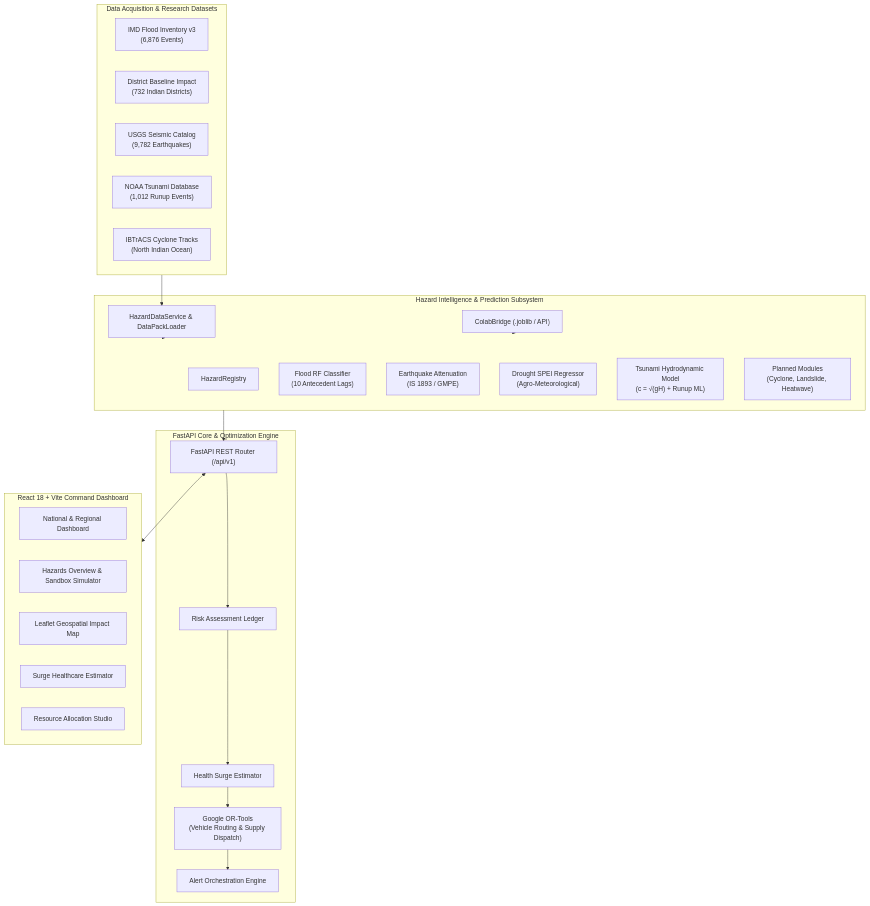
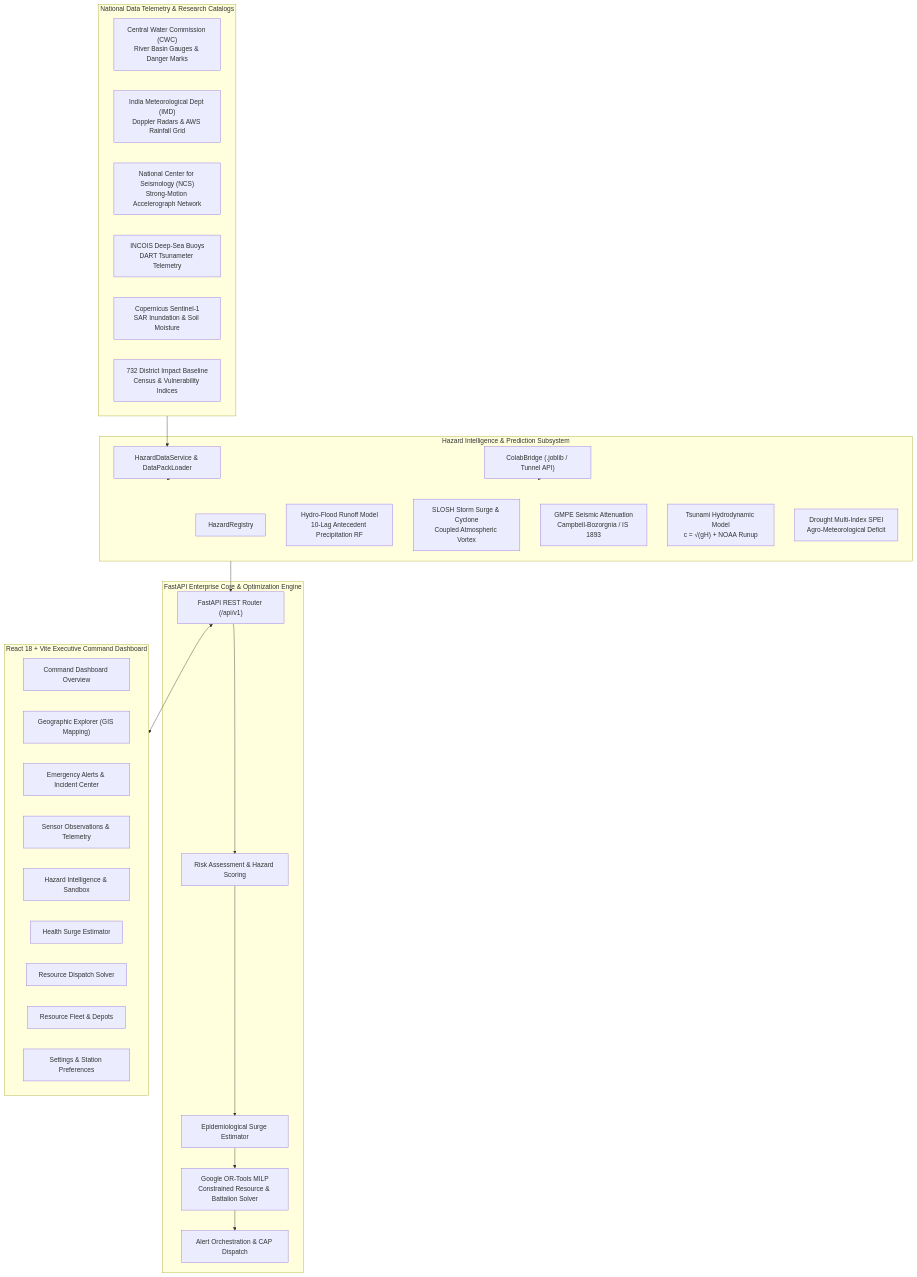
One commit to Tanu123T/SENTRA changed the diagram in README.md. Above: the diagram before and after it, drawn with Mermaid. The commit also changed other lines of this file and 1 other file, not shown here.

Commit message:
docs: overhaul README with comprehensive architecture and add official MIT License

````diff
--- a/README.md
+++ b/README.md
@@ -56,48 +67,53 @@
 ```mermaid
 flowchart TB
-    subgraph DataSources["Data Acquisition & Research Datasets"]
-        D1["IMD Flood Inventory v3<br/>(6,876 Events)"]
-        D2["District Baseline Impact<br/>(732 Indian Districts)"]
-        D3["USGS Seismic Catalog<br/>(9,782 Earthquakes)"]
-        D4["NOAA Tsunami Database<br/>(1,012 Runup Events)"]
-        D5["IBTrACS Cyclone Tracks<br/>(North Indian Ocean)"]
+    subgraph DataSources["National Data Telemetry & Research Catalogs"]
+        D1["Central Water Commission (CWC)<br/>River Basin Gauges & Danger Marks"]
+        D2["India Meteorological Dept (IMD)<br/>Doppler Radars & AWS Rainfall Grid"]
+        D3["National Center for Seismology (NCS)<br/>Strong-Motion Accelerograph Network"]
+        D4["INCOIS Deep-Sea Buoys<br/>DART Tsunameter Telemetry"]
+        D5["Copernicus Sentinel-1<br/>SAR Inundation & Soil Moisture"]
+        D6["732 District Impact Baseline<br/>Census & Vulnerability Indices"]
     end
 
     subgraph HazardLayer["Hazard Intelligence & Prediction Subsystem"]
         HReg["HazardRegistry"]
         HData["HazardDataService & DataPackLoader"]
-        HBridge["ColabBridge (.joblib / API)"]
+        HBridge["ColabBridge (.joblib / Tunnel API)"]
         
-        M_FL["Flood RF Classifier<br/>(10 Antecedent Lags)"]
-        M_EQ["Earthquake Attenuation<br/>(IS 1893 / GMPE)"]
-        M_DR["Drought SPEI Regressor<br/>(Agro-Meteorological)"]
-        M_TS["Tsunami Hydrodynamic Model<br/>(c = √(gH) + Runup ML)"]
-        M_PL["Planned Modules<br/>(Cyclone, Landslide, Heatwave)"]
+        M_FL["Hydro-Flood Runoff Model<br/>10-Lag Antecedent Precipitation RF"]
+        M_CY["SLOSH Storm Surge & Cyclone<br/>Coupled Atmospheric Vortex"]
+        M_EQ["GMPE Seismic Attenuation<br/>Campbell-Bozorgnia / IS 1893"]
+        M_TS["Tsunami Hydrodynamic Model<br/>c = √(gH) + NOAA Runup"]
+        M_DR["Drought Multi-Index SPEI<br/>Agro-Meteorological Deficit"]
     end
 
-    subgraph CoreBackend["FastAPI Core & Optimization Engine"]
+    subgraph CoreBackend["FastAPI Enterprise Core & Optimization Engine"]
         APIRouter["FastAPI REST Router (/api/v1)"]
-        RiskSvc["Risk Assessment Ledger"]
-        SurgeSvc["Health Surge Estimator"]
-        OptSolver["Google OR-Tools<br/>(Vehicle Routing & Supply Dispatch)"]
-        AlertEngine["Alert Orchestration Engine"]
+        RiskSvc["Risk Assessment & Hazard Scoring"]
+        SurgeSvc["Epidemiological Surge Estimator"]
+        OptSolver["Google OR-Tools MILP<br/>Constrained Resource & Battalion Solver"]
+        AlertEngine["Alert Orchestration & CAP Dispatch"]
     end
 
-    subgraph FrontendUI["React 18 + Vite Command Dashboard"]
-        DashView["National & Regional Dashboard"]
-        HazardView["Hazards Overview & Sandbox Simulator"]
-        MapView["Leaflet Geospatial Impact Map"]
-        HealthView["Surge Healthcare Estimator"]
-        OptStudio["Resource Allocation Studio"]
+    subgraph FrontendUI["React 18 + Vite Executive Command Dashboard"]
+        NavOverview["Command Dashboard Overview"]
+        NavMap["Geographic Explorer (GIS Mapping)"]
+        NavAlerts["Emergency Alerts & Incident Center"]
+        NavTelemetry["Sensor Observations & Telemetry"]
+        NavHazards["Hazard Intelligence & Sandbox"]
+        NavSurge["Health Surge Estimator"]
+        NavSolver["Resource Dispatch Solver"]
+        NavFleet["Resource Fleet & Depots"]
+        NavSettings["Settings & Station Preferences"]
     end
 
     DataSources --> HData
     HData --> HazardLayer
     HBridge --> HazardLayer
     HazardLayer --> APIRouter
     APIRouter --> RiskSvc
     RiskSvc --> SurgeSvc
     SurgeSvc --> OptSolver
     OptSolver --> AlertEngine
     APIRouter <--> FrontendUI
 ```
````
